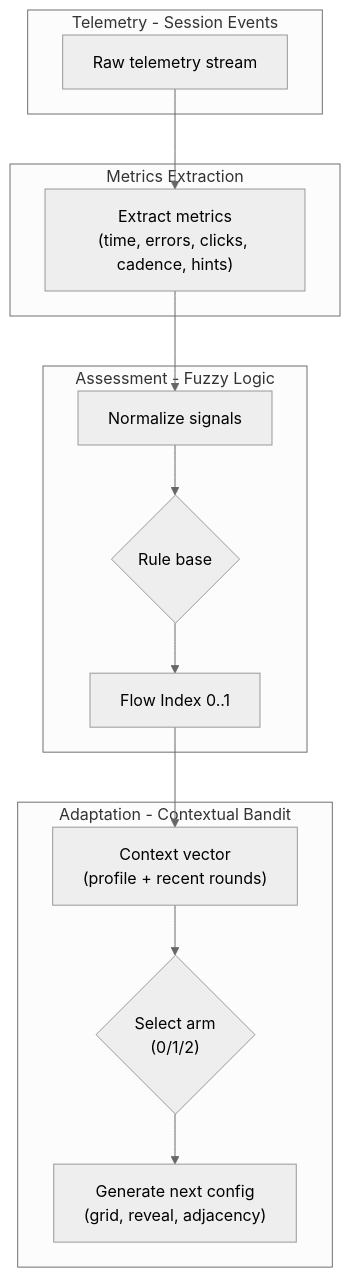
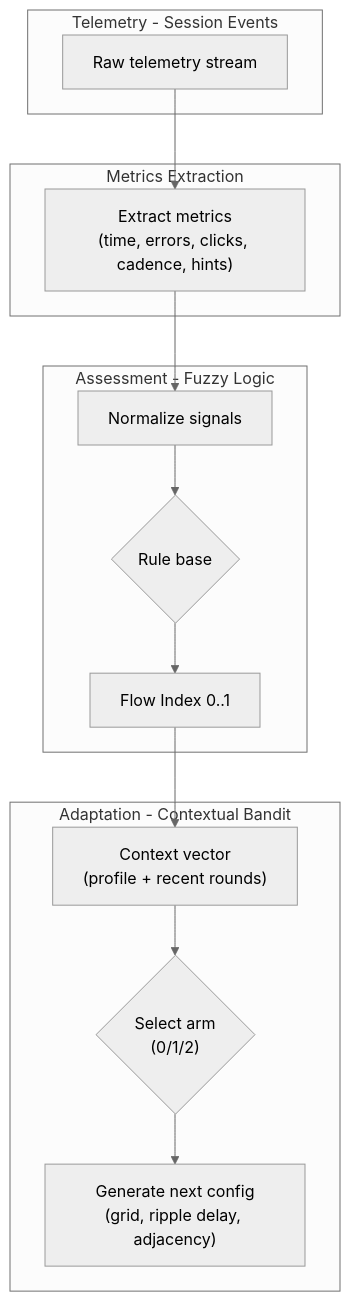
The third of 7 diagrams in docs/SYSTEM_DIAGRAMS.md (DDMYmia/Memory-Game-He-Maumahara), drawn with Mermaid (neutral theme) before and after one commit. The commit also changed other lines of this file and 24 other files, not shown here.

````diff
--- a/docs/SYSTEM_DIAGRAMS.md
+++ b/docs/SYSTEM_DIAGRAMS.md
@@ -123,30 +123,30 @@
 ```mermaid
 flowchart TD
     subgraph "Telemetry - Session Events"
         Evt[Raw telemetry stream]
     end
 
     subgraph "Metrics Extraction"
         M["Extract metrics<br/>(time, errors, clicks, cadence, hints)"]
     end
 
     subgraph "Assessment - Fuzzy Logic"
         N[Normalize signals]
         R{Rule base}
         FI[Flow Index 0..1]
     end
 
     subgraph "Adaptation - Contextual Bandit"
         Ctx["Context vector<br/>(profile + recent rounds)"]
         Arm{"Select arm<br/>(0/1/2)"}
-        Cfg["Generate next config<br/>(grid, reveal, adjacency)"]
+        Cfg["Generate next config<br/>(grid, ripple delay, adjacency)"]
     end
 
     Evt --> M
     M --> N
     N --> R
     R --> FI
     FI --> Ctx
     Ctx --> Arm
     Arm --> Cfg
 ```
````
